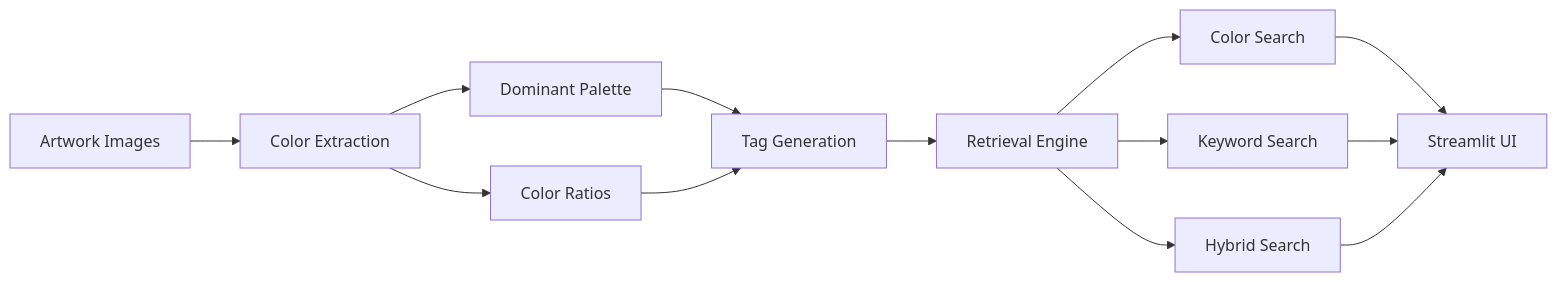
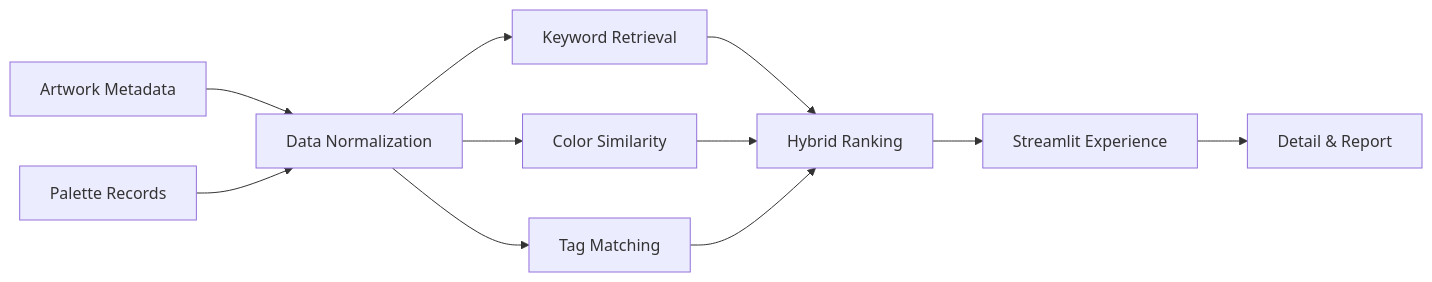
Before and after one commit to ContraMundum-code/PaletteSeek: the second of 2 diagrams in README.md, drawn with Mermaid. The commit also changed other lines of this file and 3 other files, not shown here.

````diff
--- a/README.md
+++ b/README.md
@@ -118,21 +107,13 @@
 ```mermaid
 flowchart LR
-
-A[Artwork Images] --> B[Color Extraction]
-
-B --> C[Dominant Palette]
-B --> D[Color Ratios]
-
-C --> E[Tag Generation]
-D --> E
-
-E --> F[Retrieval Engine]
-
-F --> G[Color Search]
-F --> H[Keyword Search]
-F --> I[Hybrid Search]
-
-G --> J[Streamlit UI]
-H --> J
-I --> J
+    A["Artwork Metadata"] --> B["Data Normalization"]
+    P["Palette Records"] --> B
+    B --> C["Keyword Retrieval"]
+    B --> D["Color Similarity"]
+    B --> E["Tag Matching"]
+    C --> F["Hybrid Ranking"]
+    D --> F
+    E --> F
+    F --> G["Streamlit Experience"]
+    G --> H["Detail & Report"]
 ```
````
